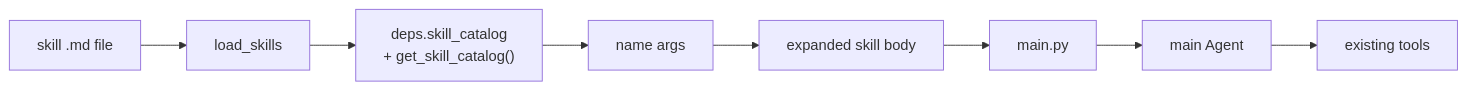
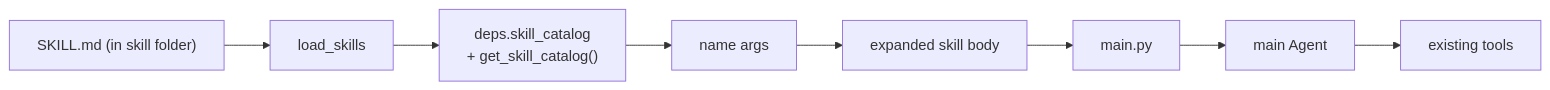
One commit to binlecode/co-cli changed the diagram in docs/specs/skills.md. Above: the diagram before and after it, drawn with Mermaid. The commit also changed other lines of this file and 32 other files, not shown here.

First line of the commit message:
refactor: v0.8.332 — skill folder model (<name>/SKILL.md)

````diff
--- a/docs/specs/skills.md
+++ b/docs/specs/skills.md
@@ -9,10 +9,10 @@
 ```mermaid
 flowchart LR
-    SkillFile["skill .md file"] --> Loader["load_skills"]
+    SkillFile["SKILL.md (in skill folder)"] --> Loader["load_skills"]
     Loader --> Registry["deps.skill_catalog\n+ get_skill_catalog()"]
     Registry --> Dispatch["name args"]
     Dispatch --> AgentBody["expanded skill body"]
     AgentBody --> MainLoop["main.py"]
     MainLoop --> MainAgent["main Agent"]
     MainAgent --> Tools["existing tools"]
 ```
````
